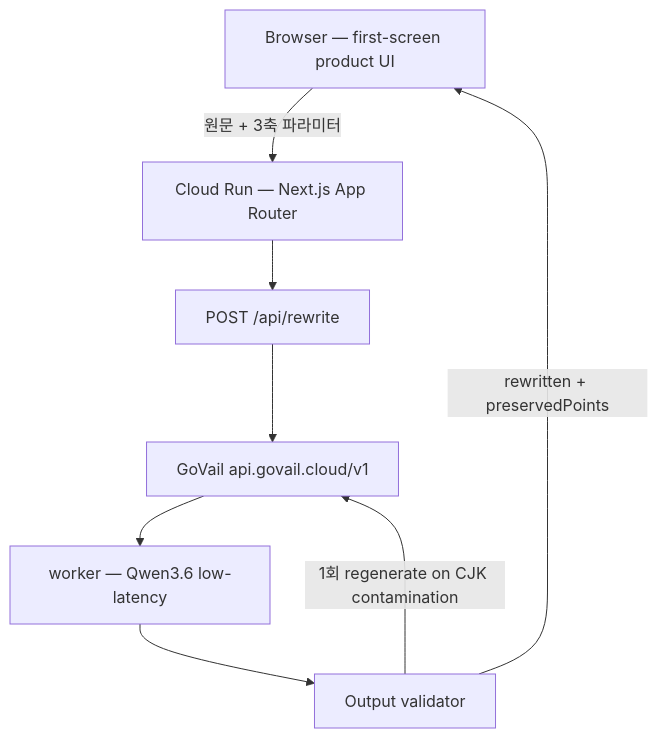
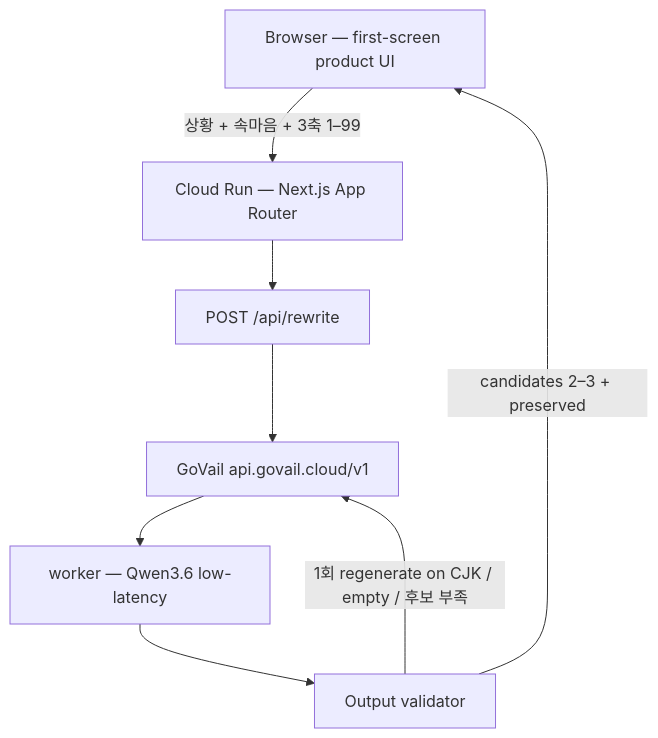
Before and after one commit to devcy0922/office-tone: the diagram in architecture.md, drawn with Mermaid. The commit also changed other lines of this file and 20 other files, not shown here.

````diff
--- a/architecture.md
+++ b/architecture.md
@@ -3,17 +3,17 @@
 ```mermaid
 flowchart TD
   Browser["Browser — first-screen product UI"]
   Next["Cloud Run — Next.js App Router"]
   Rewrite["POST /api/rewrite"]
   Validator["Output validator"]
   GoVail["GoVail api.govail.cloud/v1"]
   Worker["worker — Qwen3.6 low-latency"]
 
-  Browser -->|"원문 + 3축 파라미터"| Next
+  Browser -->|"상황 + 속마음 + 3축 1–99"| Next
   Next --> Rewrite
   Rewrite --> GoVail
   GoVail --> Worker
   Worker --> Validator
-  Validator -->|"1회 regenerate on CJK contamination"| GoVail
-  Validator -->|"rewritten + preservedPoints"| Browser
+  Validator -->|"1회 regenerate on CJK / empty / 후보 부족"| GoVail
+  Validator -->|"candidates 2–3 + preserved"| Browser
 ```
````
